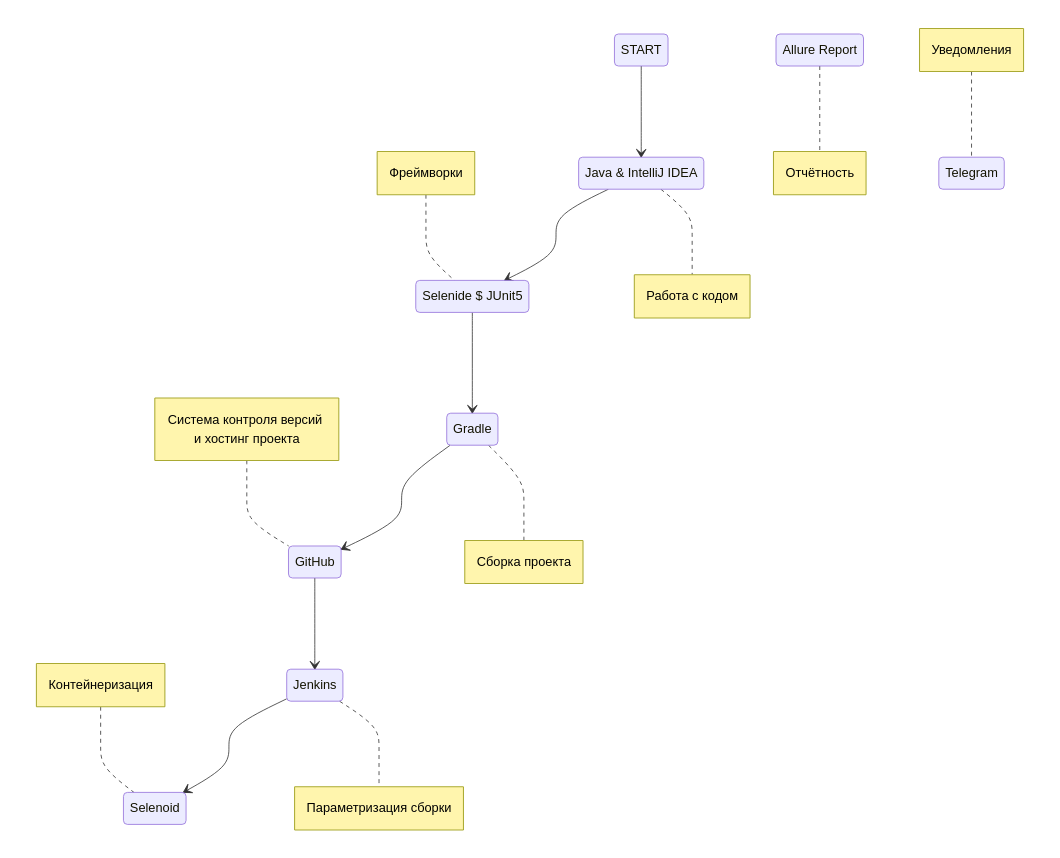
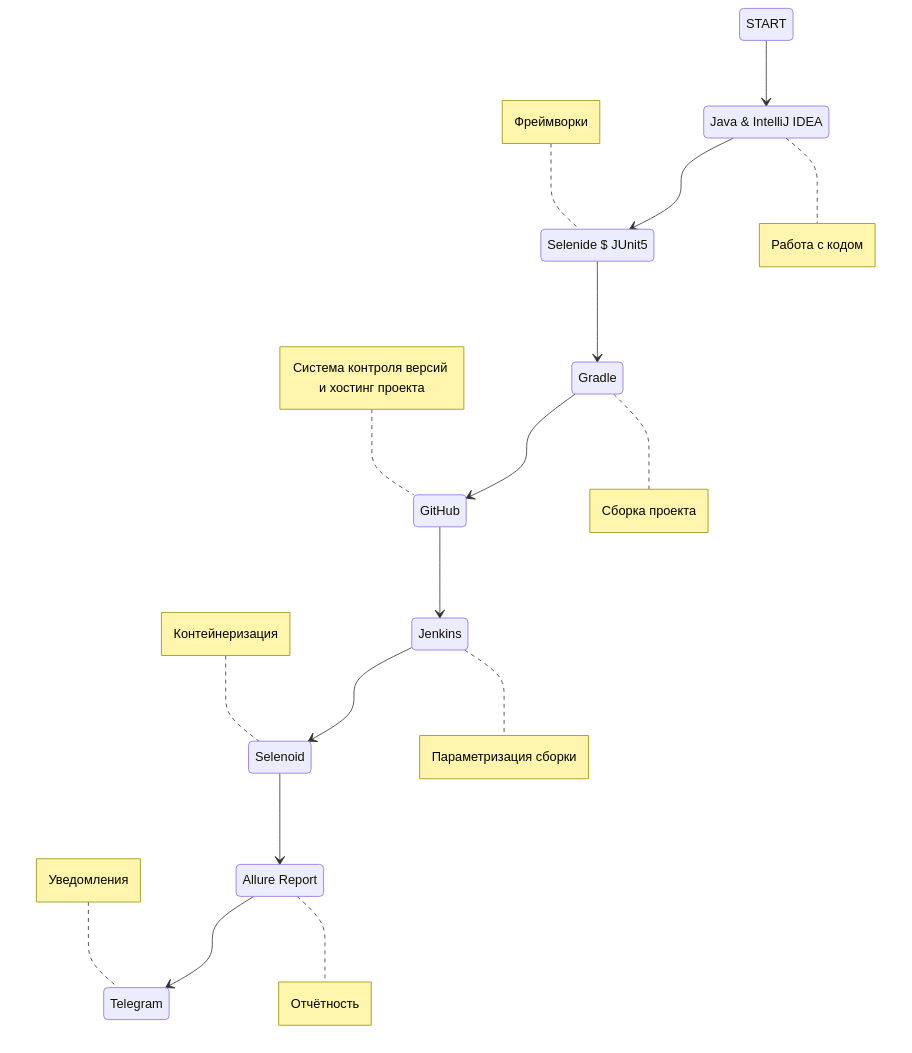
Before and after one commit to SergeevSergeiS/Wildberries: the diagram in README.md, drawn with Mermaid.

Commit message:
README.md created

````diff
--- a/README.md
+++ b/README.md
@@ -1,26 +1,28 @@
 ```mermaid        
     stateDiagram-v2
         State1: START
         State2: Java & IntelliJ IDEA
         State3: Selenide $ JUnit5
         State4: Gradle
         State5: GitHub
         State6: Jenkins
         State7: Selenoid
         State8: Allure Report
         State9: Telegram
         State1 --> State2
         State2 --> State3
         State3 --> State4
         State4 --> State5
         State5 --> State6
         State6 --> State7
+        State7 --> State8
+        State8 --> State9
         note right of State2 : Работа с кодом
         note left of State3 : Фреймворки
         note right of State4 : Сборка проекта
         note left of State5 : Система контроля версий и хостинг проекта
         note right of State6 : Параметризация сборки
         note left of State7 : Контейнеризация
         note right of State8 : Отчётность
         note left of State9 : Уведомления
 ```
````
